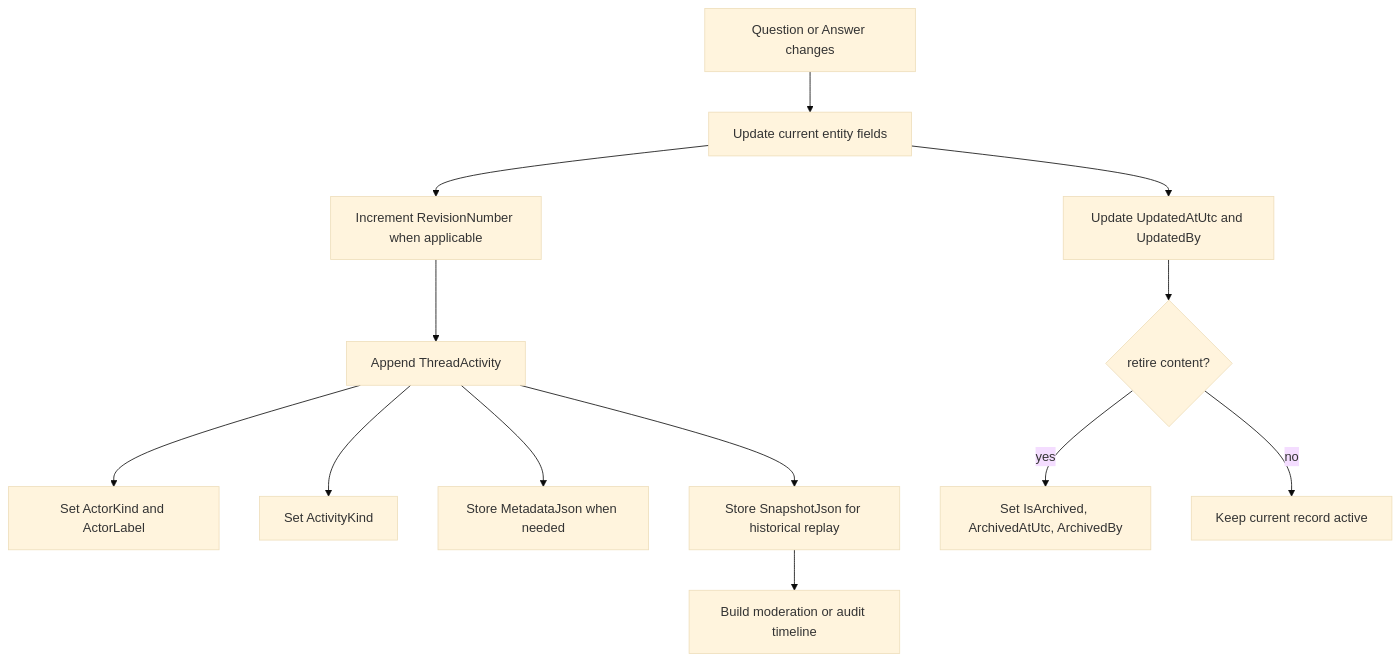
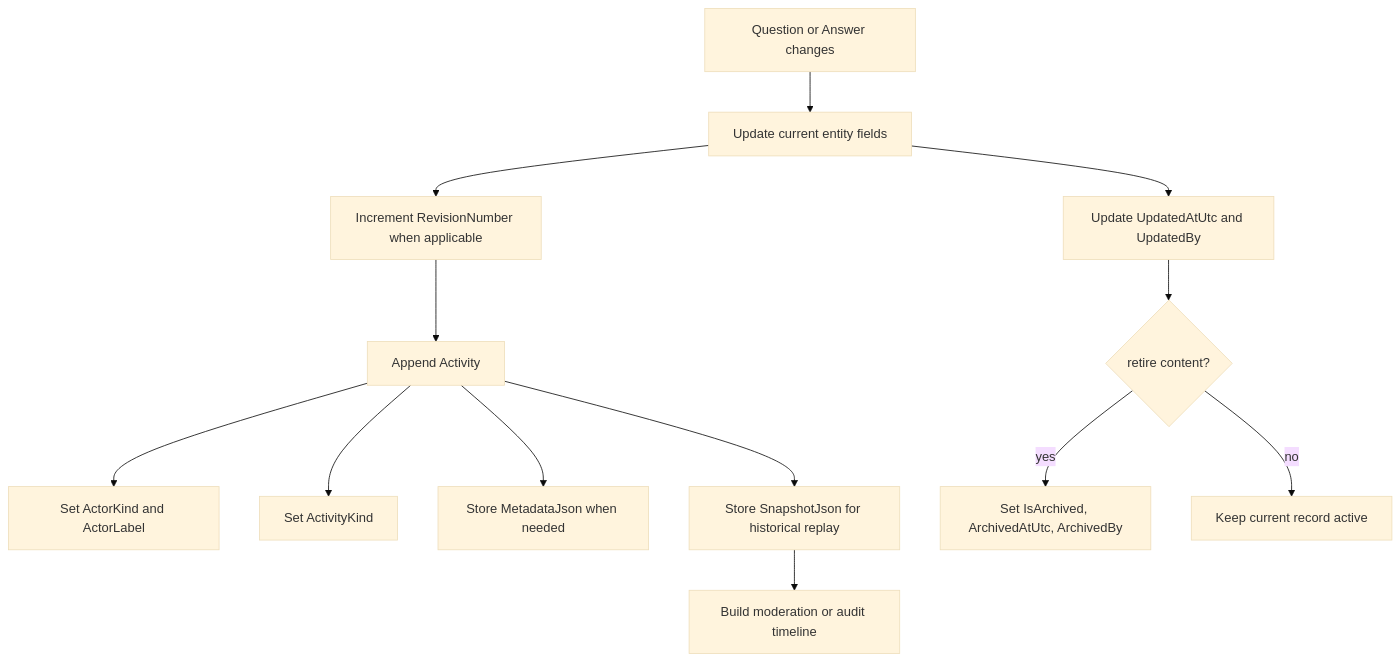
One commit to marcosrioj/querify changed the diagram in dotnet/BaseFaq.Sample.Features.NewQaModel/Flows/08-audit-and-evolution.md. Above: the diagram before and after it, drawn with Mermaid (base theme). The commit also changed other lines of this file and 261 other files, not shown here.

````diff
--- a/dotnet/BaseFaq.Sample.Features.NewQaModel/Flows/08-audit-and-evolution.md
+++ b/dotnet/BaseFaq.Sample.Features.NewQaModel/Flows/08-audit-and-evolution.md
@@ -7,15 +7,15 @@
 ```mermaid
 flowchart TD
     Change[Question or Answer changes] --> Update[Update current entity fields]
     Update --> Revision[Increment RevisionNumber when applicable]
-    Revision --> Journal[Append ThreadActivity]
+    Revision --> Journal[Append Activity]
     Journal --> Actor[Set ActorKind and ActorLabel]
     Journal --> Event[Set ActivityKind]
     Journal --> Meta[Store MetadataJson when needed]
     Journal --> Snapshot[Store SnapshotJson for historical replay]
     Snapshot --> Timeline[Build moderation or audit timeline]
     Update --> Timestamps[Update UpdatedAtUtc and UpdatedBy]
     Timestamps --> Archive{retire content?}
     Archive -->|yes| SoftArchive[Set IsArchived, ArchivedAtUtc, ArchivedBy]
     Archive -->|no| Active[Keep current record active]
 ```
````
